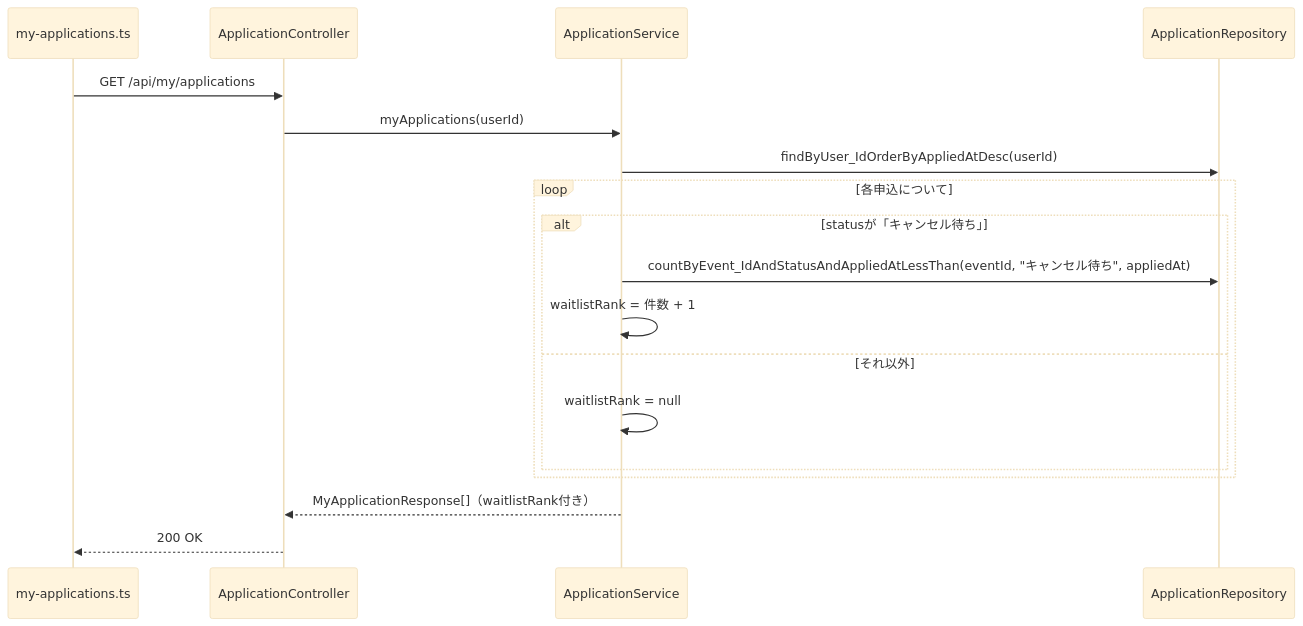
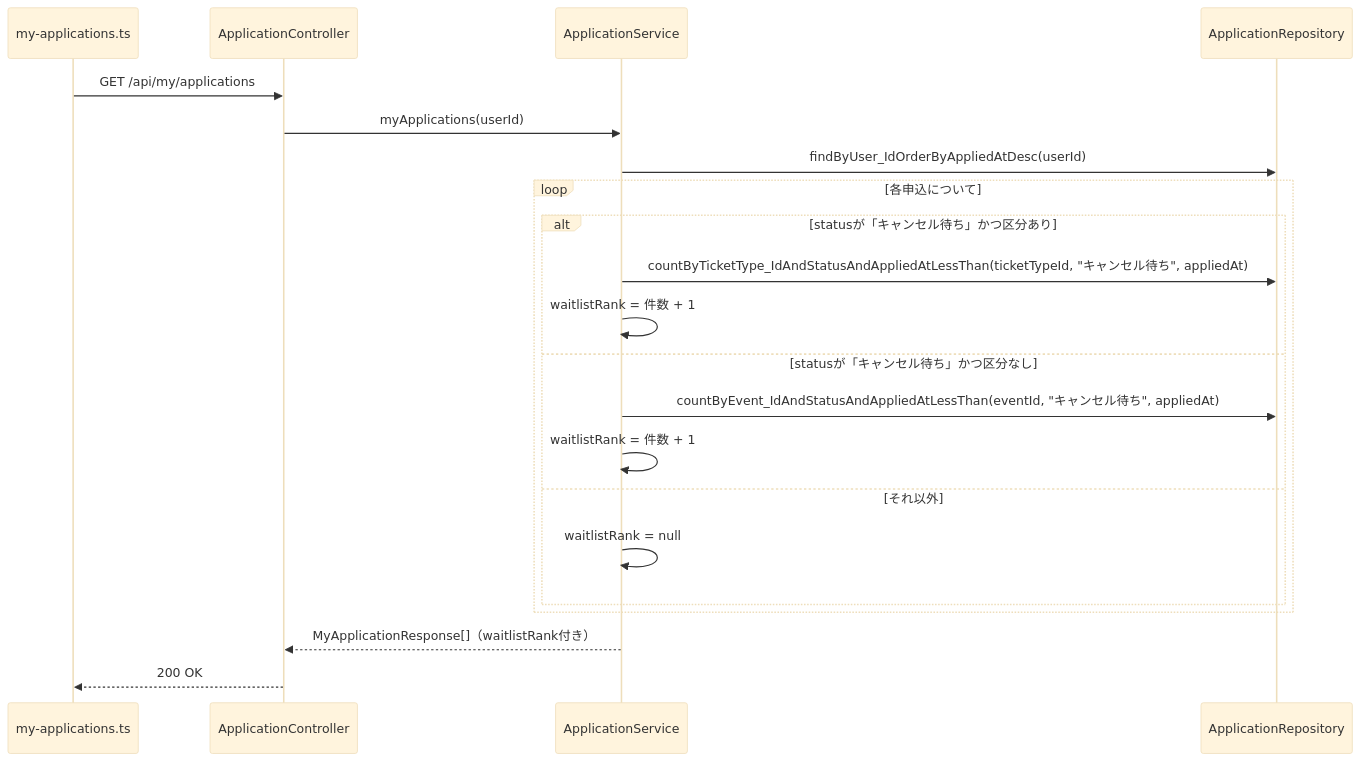
Before and after one commit to sasaki111111/event-application-system: the sixth of 12 diagrams in docs/design/詳細設計書_v2.0.md, drawn with Mermaid (base theme). The commit also changed other lines of this file and 7 other files, not shown here.

````diff
--- a/docs/design/詳細設計書_v2.0.md
+++ b/docs/design/詳細設計書_v2.0.md
@@ -132,20 +271,23 @@
 ```mermaid
 sequenceDiagram
   participant FE as my-applications.ts
   participant C as ApplicationController
   participant S as ApplicationService
   participant AR as ApplicationRepository
   FE->>C: GET /api/my/applications
   C->>S: myApplications(userId)
   S->>AR: findByUser_IdOrderByAppliedAtDesc(userId)
   loop 各申込について
-    alt statusが「キャンセル待ち」
+    alt statusが「キャンセル待ち」かつ区分あり
+      S->>AR: countByTicketType_IdAndStatusAndAppliedAtLessThan(ticketTypeId, "キャンセル待ち", appliedAt)
+      S->>S: waitlistRank = 件数 + 1
+    else statusが「キャンセル待ち」かつ区分なし
       S->>AR: countByEvent_IdAndStatusAndAppliedAtLessThan(eventId, "キャンセル待ち", appliedAt)
       S->>S: waitlistRank = 件数 + 1
     else それ以外
       S->>S: waitlistRank = null
     end
   end
   S-->>C: MyApplicationResponse[]（waitlistRank付き）
   C-->>FE: 200 OK
 ```
````
